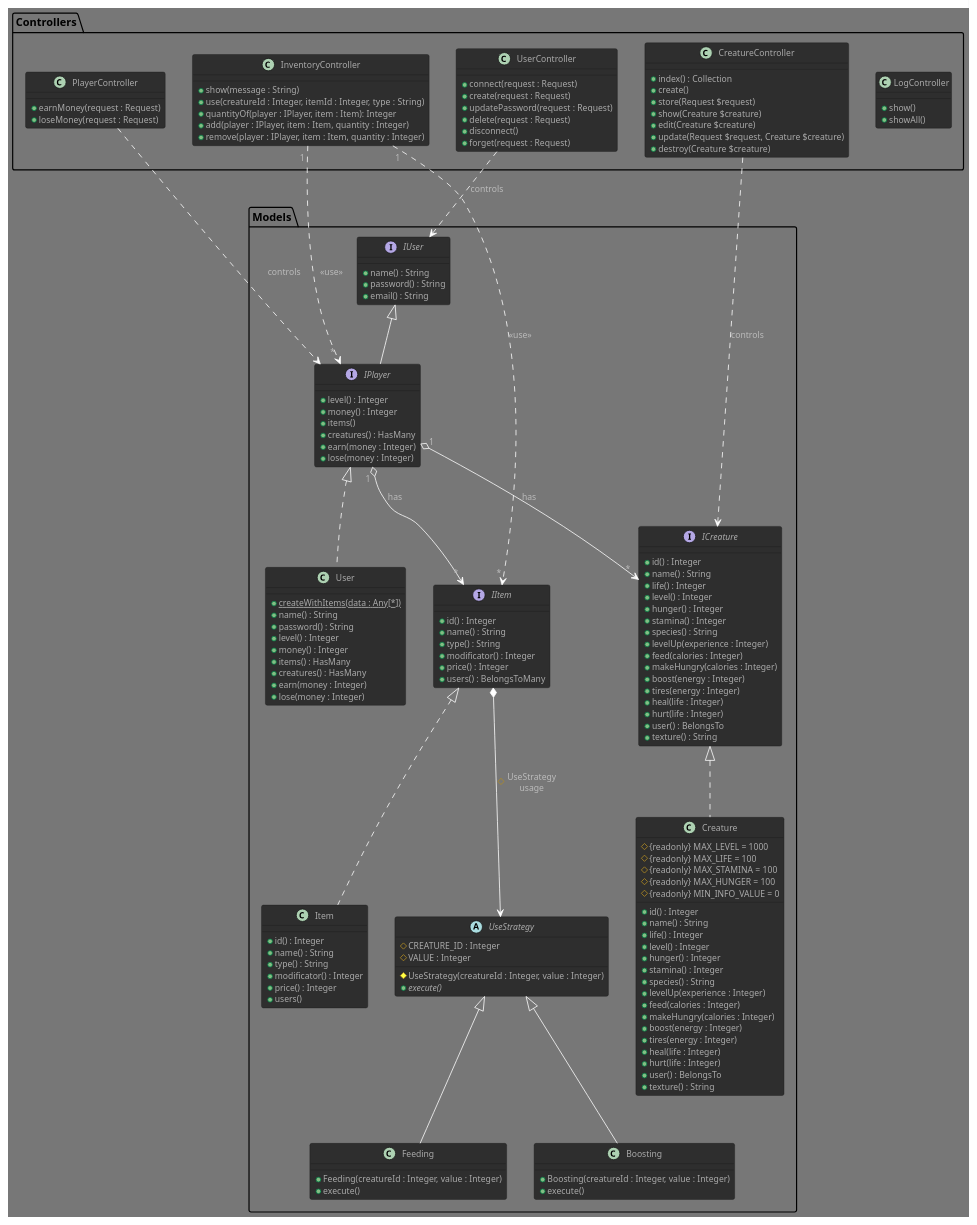
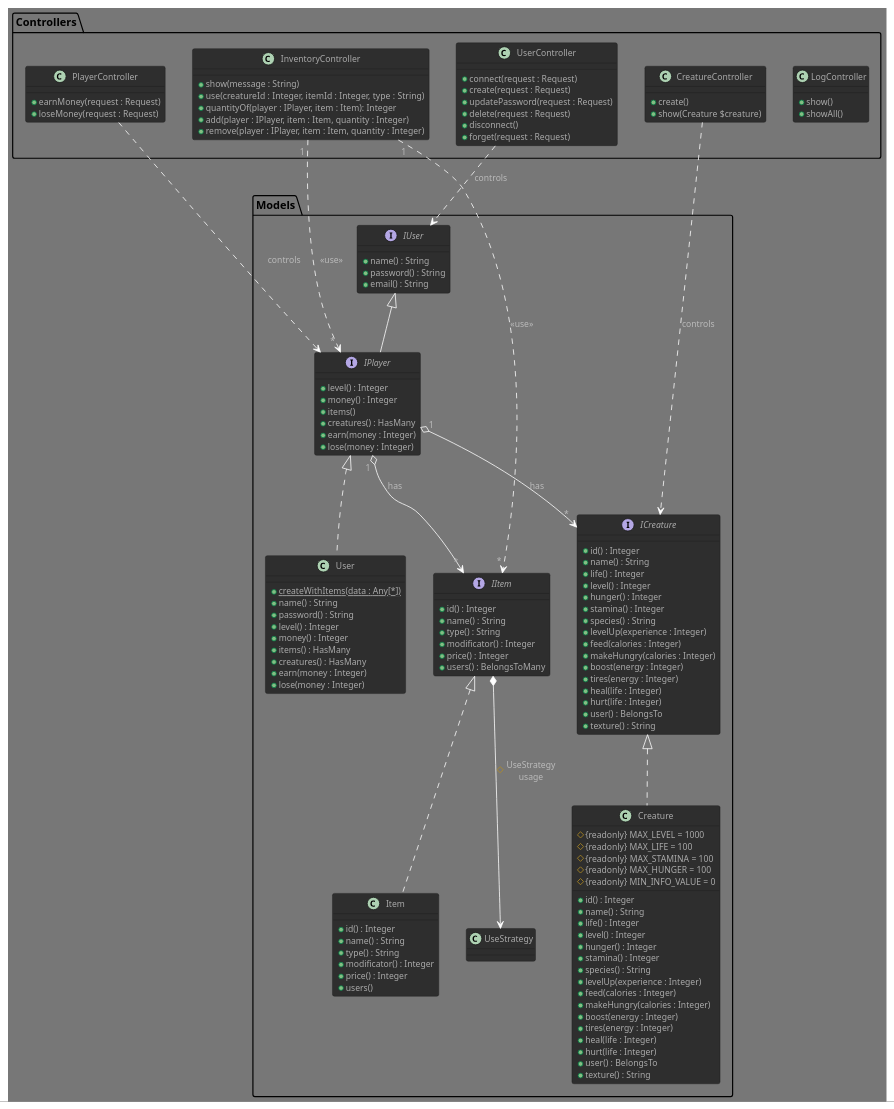
Before and after one commit to GlazKrovi/VirtualNoe: the diagram in VirtualNoe.puml, drawn with PlantUML.

```diff
--- a/VirtualNoe.puml
+++ b/VirtualNoe.puml
@@ -1,171 +1,147 @@
 @startuml VirtualNoe
 
 !theme reddress-darkgreen
 
 package Models
 {
     interface IUser {
         + name() : String
         + password() : String
         + email() : String
     }
 
     interface IPlayer extends IUser
     {
         + level() : Integer /' sum of his creatures' exp '/
         + money() : Integer
         + items()
         + creatures() : HasMany
         + earn(money : Integer)
         + lose(money : Integer)
     }
     IPlayer" 1 " o--> " * "IItem : has
     IPlayer" 1 " o--> " * "ICreature : has
 
     class User implements IPlayer
     {
         + {static} createWithItems(data : Any[*])
         + name() : String
         + password() : String
         + level() : Integer
         + money() : Integer
         + items() : HasMany
         + creatures() : HasMany
         + earn(money : Integer)
         + lose(money : Integer)
     }
 
     interface IItem
     {
         + id() : Integer
         + name() : String
         + type() : String
         + modificator() : Integer   
         + price() : Integer
         + users() : BelongsToMany /' get owners '/
     }
     IItem *--> UseStrategy : # UseStrategy\nusage
 
     class Item implements IItem
     {
         + id() : Integer
         + name() : String
         + type() : String
         + modificator() : Integer   
         + price() : Integer
         + users()
     }
 
     interface ICreature
     {
         + id() : Integer
         + name() : String
         + life() : Integer
         + level() : Integer
         + hunger() : Integer
         + stamina() : Integer
         + species() : String
         + levelUp(experience : Integer)
         + feed(calories : Integer) 
         + makeHungry(calories : Integer) 
         + boost(energy : Integer) 
         + tires(energy : Integer) 
         + heal(life : Integer) 
         + hurt(life : Integer) 
         + user() : BelongsTo
         + texture() : String
     }
 
     class Creature implements ICreature
     {
         # {readonly} MAX_LEVEL = 1000
         # {readonly} MAX_LIFE = 100
         # {readonly} MAX_STAMINA = 100
         # {readonly} MAX_HUNGER = 100
         # {readonly} MIN_INFO_VALUE = 0
         + id() : Integer
         + name() : String
         + life() : Integer
         + level() : Integer
         + hunger() : Integer
         + stamina() : Integer
         + species() : String
         + levelUp(experience : Integer)
         + feed(calories : Integer) 
         + makeHungry(calories : Integer) 
         + boost(energy : Integer) 
         + tires(energy : Integer) 
         + heal(life : Integer) 
         + hurt(life : Integer) 
         + user() : BelongsTo
         + texture() : String
     }
-
-    /' Item Strategy '/
-    abstract UseStrategy {
-        # CREATURE_ID : Integer
-        # VALUE : Integer
-        # UseStrategy(creatureId : Integer, value : Integer)
-        + {abstract} execute()
-    }
-
-    class Feeding extends UseStrategy{
-        + Feeding(creatureId : Integer, value : Integer)
-        + execute()
-    }
-
-    class Boosting extends UseStrategy{
-        + Boosting(creatureId : Integer, value : Integer)
-        + execute()
-    }
-    /' TODO '/
 }
 
 package Controllers
 {
     class LogController
     {
         +  show()
         +  showAll()
     }
 
     class InventoryController   /' use IPlayer '/
     {
         + show(message : String)
         + use(creatureId : Integer, itemId : Integer, type : String)
         + quantityOf(player : IPlayer, item : Item): Integer
         + add(player : IPlayer, item : Item, quantity : Integer)
         + remove(player : IPlayer, item : Item, quantity : Integer)
     }
     InventoryController" 1 " ..> " * "IPlayer : <<use>>
     InventoryController" 1 " ..> " * "IItem : <<use>>
 
     class UserController {
         + connect(request : Request)
         + create(request : Request)
         + updatePassword(request : Request)
         + delete(request : Request)
         + disconnect()
         + forget(request : Request)
     }
     UserController ..> IUser : controls
 
     class PlayerController {
         + earnMoney(request : Request)
         + loseMoney(request : Request)
     }
     PlayerController ..> IPlayer : controls
 
     class CreatureController {
-        + index() : Collection
         + create()
-        + store(Request $request)
         + show(Creature $creature)
-        + edit(Creature $creature)
-        + update(Request $request, Creature $creature)
-        + destroy(Creature $creature)
     }
     CreatureController ..> ICreature : controls
 }
 
 @enduml
```
